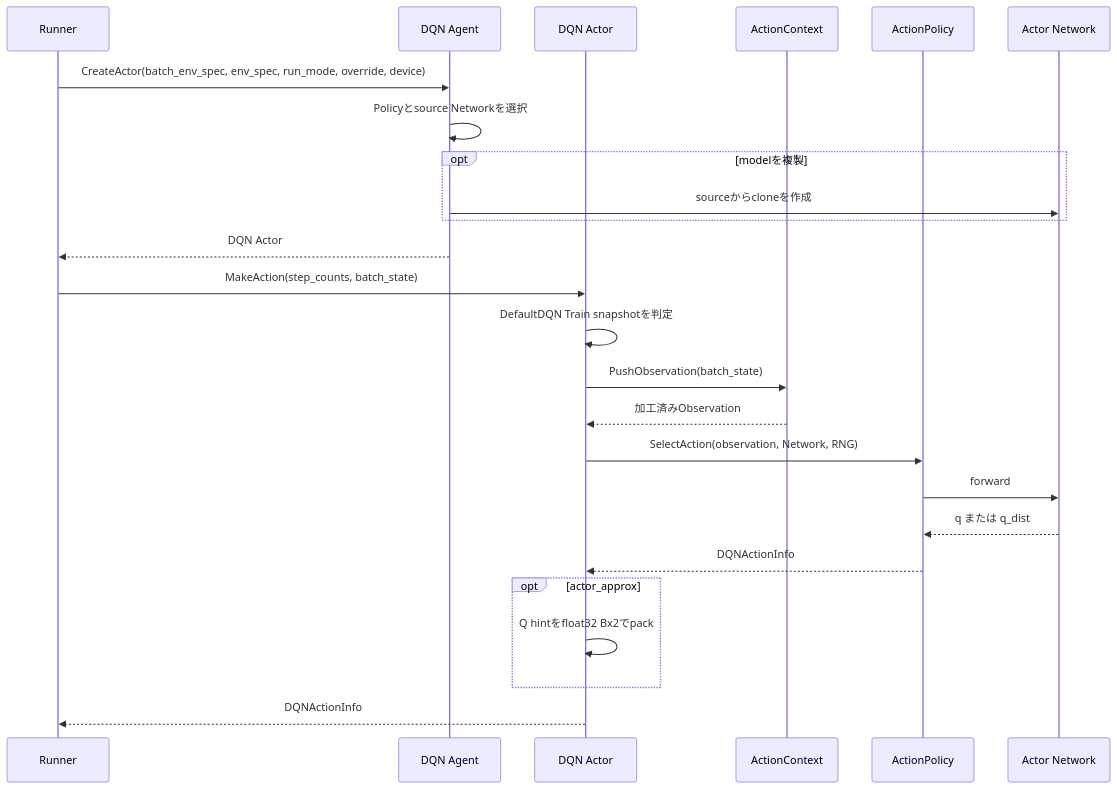
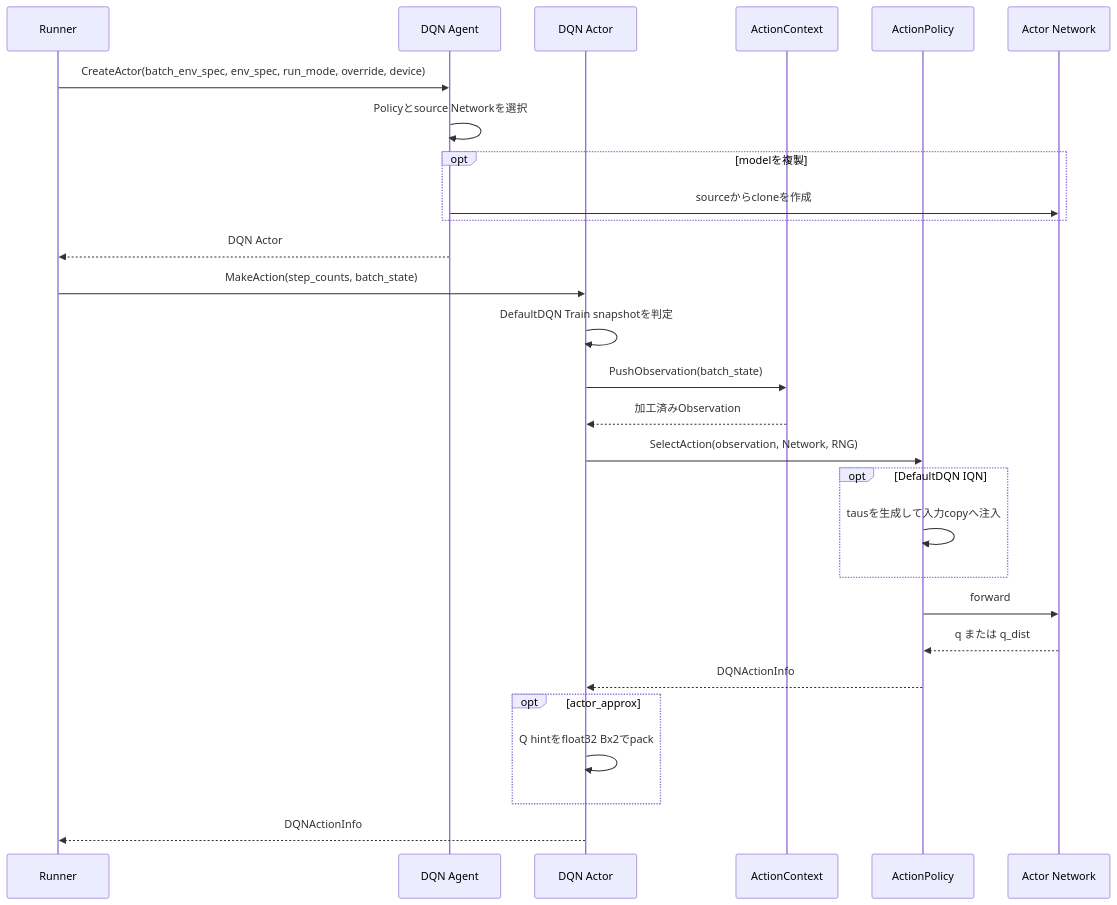
The second of 4 diagrams in docs/design/200_dqn_agents.jp.md (kazukin123/anet-lab), drawn with Mermaid before and after one commit. The commit also changed other lines of this file and 37 other files, not shown here.

Commit message:
feat(DQN): IQN(Implicit Quantile Networks)に対応。 #3 #11 #19﻿

````diff
--- a/docs/design/200_dqn_agents.jp.md
+++ b/docs/design/200_dqn_agents.jp.md
@@ -142,28 +152,31 @@
 ```mermaid
 sequenceDiagram
     participant R as Runner
     participant G as DQN Agent
     participant A as DQN Actor
     participant C as ActionContext
     participant P as ActionPolicy
     participant N as Actor Network
 
     R->>G: CreateActor(batch_env_spec, env_spec, run_mode, override, device)
     G->>G: Policyとsource Networkを選択
     opt modelを複製
         G->>N: sourceからcloneを作成
     end
     G-->>R: DQN Actor
     R->>A: MakeAction(step_counts, batch_state)
     A->>A: DefaultDQN Train snapshotを判定
     A->>C: PushObservation(batch_state)
     C-->>A: 加工済みObservation
     A->>P: SelectAction(observation, Network, RNG)
+    opt DefaultDQN IQN
+        P->>P: tausを生成して入力copyへ注入
+    end
     P->>N: forward
     N-->>P: q または q_dist
     P-->>A: DQNActionInfo
     opt actor_approx
         A->>A: Q hintをfloat32 Bx2でpack
     end
     A-->>R: DQNActionInfo
 ```
````
